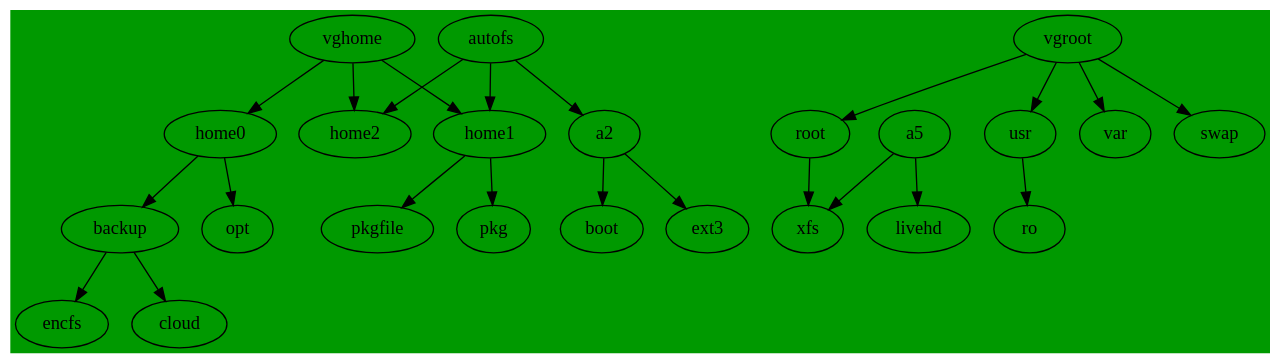
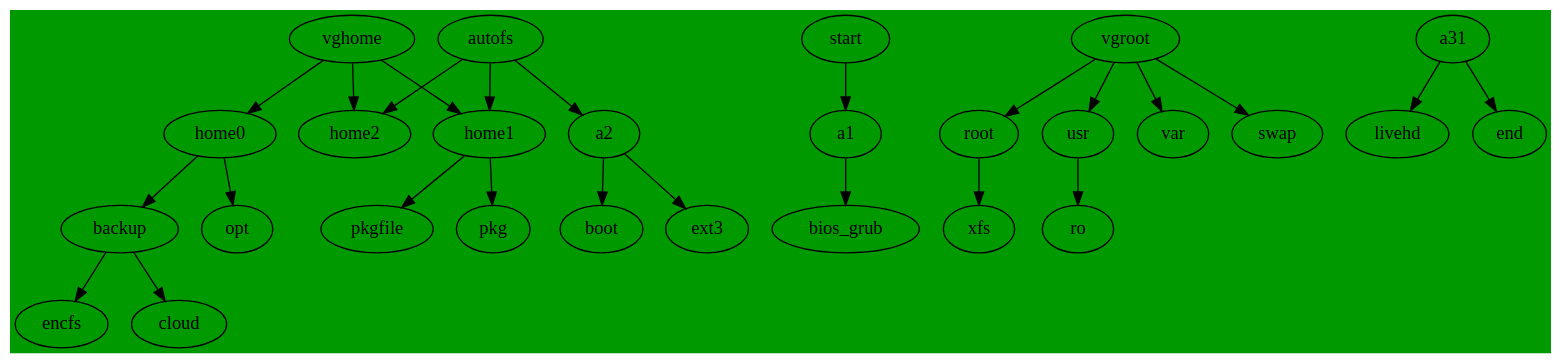
The diagram in dot/.config/dupl/parted.dot (cdede/dotfiles), drawn with Graphviz before and after one commit.

Commit message:
add start end

```diff
--- a/dot/.config/dupl/parted.dot
+++ b/dot/.config/dupl/parted.dot
@@ -1,27 +1,29 @@
 // dot -Tpng  parted.dot -o line1.png
 //  default ext4
 digraph G {
   bgcolor ="#009900";
   autofs->home2;
   autofs->home1;
   autofs->a2;
+  start->a1;
+  a1->bios_grub;
   a2 -> boot;
   a2 -> ext3;
   root->xfs;
   usr ->ro;
   home0->backup;
   home0->opt;
   home1->pkgfile;
   home1->pkg;
-  a5->livehd;
-  a5->xfs;
+  a31->livehd;
+  a31->end;
   backup -> encfs;
   backup -> cloud;
   vgroot->root ;
   vgroot->usr;
   vgroot->var;
   vgroot->swap;
   vghome->home0;
   vghome->home1;
   vghome->home2;
 }
```
